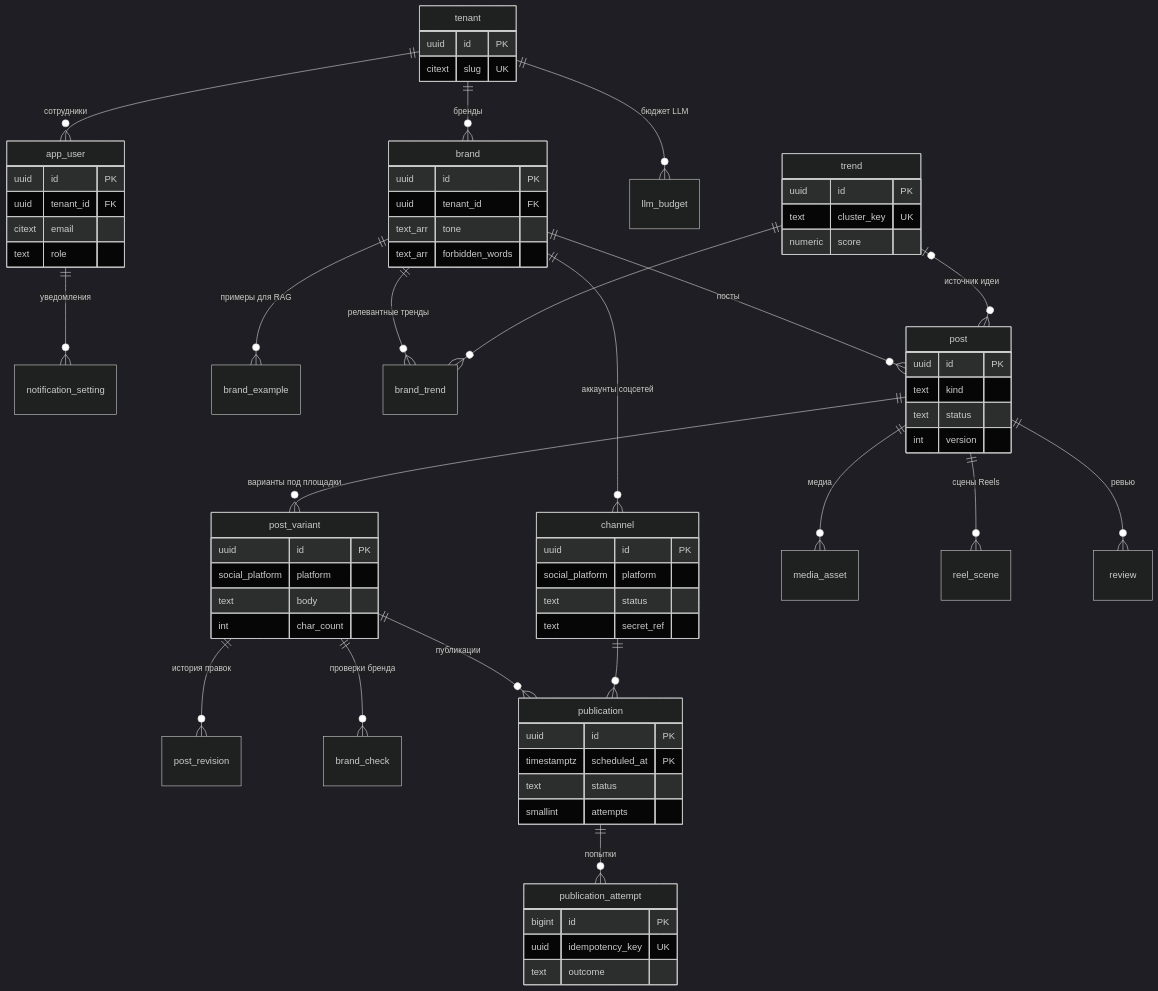
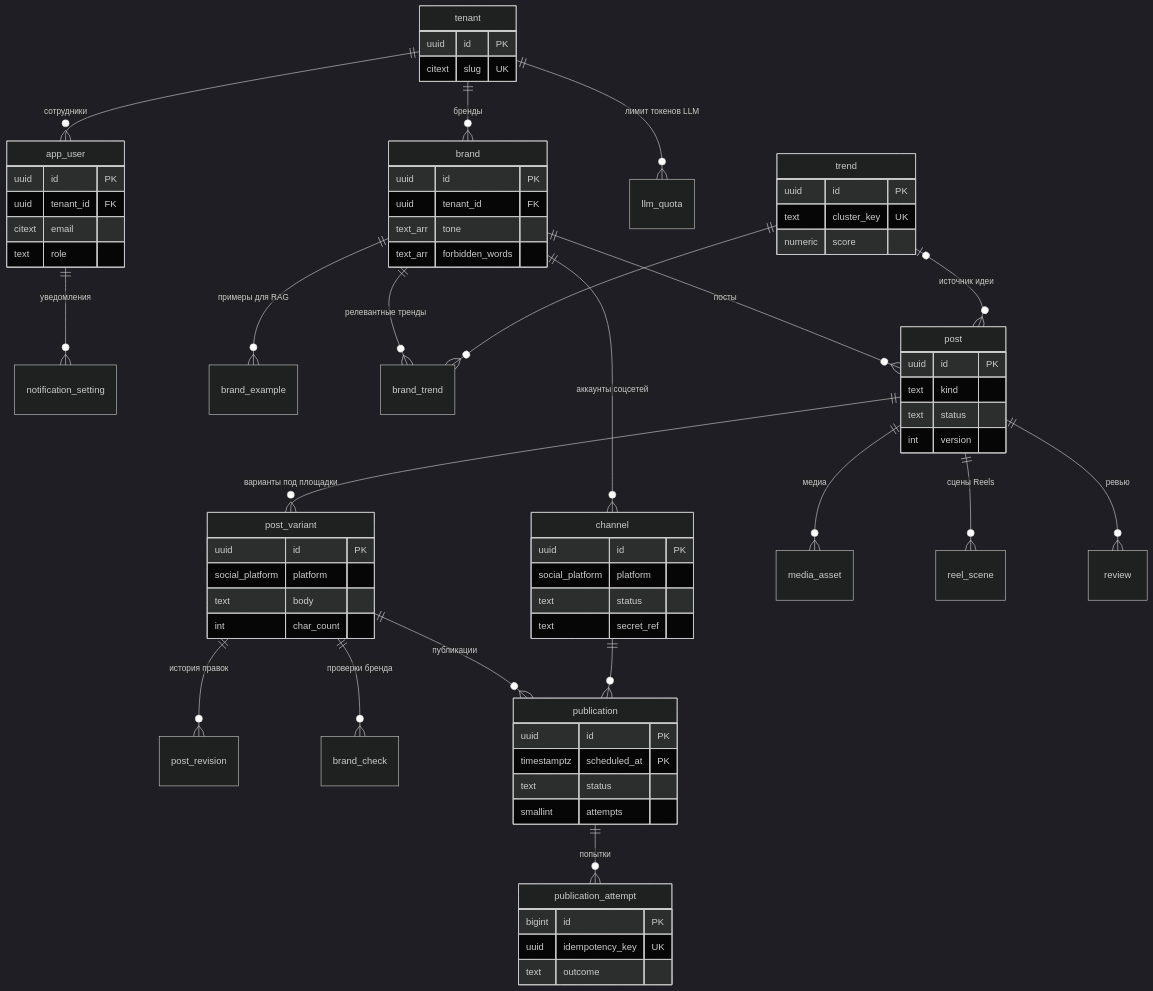
One commit to VadimMor/Rabbot changed the diagram in docs/db/schema.md. Above: the diagram before and after it, drawn with Mermaid (dark theme). The commit also changed other lines of this file and 4 other files, not shown here.

Commit message:
feat(db): rename llm_budget to llm_quota and update related constraints; change budget to token limits for cloud LLMs

````diff
--- a/docs/db/schema.md
+++ b/docs/db/schema.md
@@ -7,73 +7,73 @@
 ```mermaid
 erDiagram
     tenant ||--o{ app_user : "сотрудники"
     tenant ||--o{ brand : "бренды"
-    tenant ||--o{ llm_budget : "бюджет LLM"
+    tenant ||--o{ llm_quota : "лимит токенов LLM"
     app_user ||--o{ notification_setting : "уведомления"
     brand ||--o{ brand_example : "примеры для RAG"
     brand ||--o{ channel : "аккаунты соцсетей"
     brand ||--o{ brand_trend : "релевантные тренды"
     trend ||--o{ brand_trend : ""
     brand ||--o{ post : "посты"
     trend |o--o{ post : "источник идеи"
     post ||--o{ post_variant : "варианты под площадки"
     post ||--o{ media_asset : "медиа"
     post ||--o{ reel_scene : "сцены Reels"
     post ||--o{ review : "ревью"
     post_variant ||--o{ post_revision : "история правок"
     post_variant ||--o{ brand_check : "проверки бренда"
     post_variant ||--o{ publication : "публикации"
     channel ||--o{ publication : ""
     publication ||--o{ publication_attempt : "попытки"
 
     tenant {
         uuid id PK
         citext slug UK
     }
     app_user {
         uuid id PK
         uuid tenant_id FK
         citext email
         text role
     }
     brand {
         uuid id PK
         uuid tenant_id FK
         text_arr tone
         text_arr forbidden_words
     }
     channel {
         uuid id PK
         social_platform platform
         text status
         text secret_ref
     }
     trend {
         uuid id PK
         text cluster_key UK
         numeric score
     }
     post {
         uuid id PK
         text kind
         text status
         int version
     }
     post_variant {
         uuid id PK
         social_platform platform
         text body
         int char_count
     }
     publication {
         uuid id PK
         timestamptz scheduled_at PK
         text status
         smallint attempts
     }
     publication_attempt {
         bigint id PK
         uuid idempotency_key UK
         text outcome
     }
 ```
````
